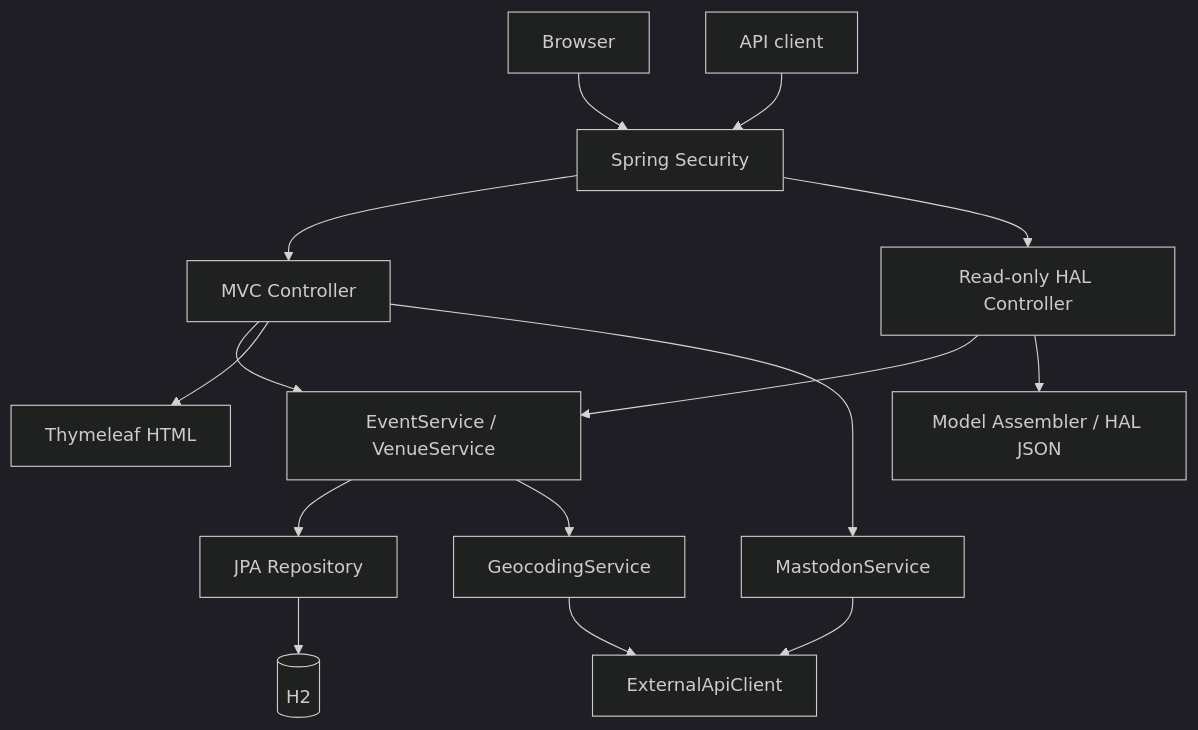
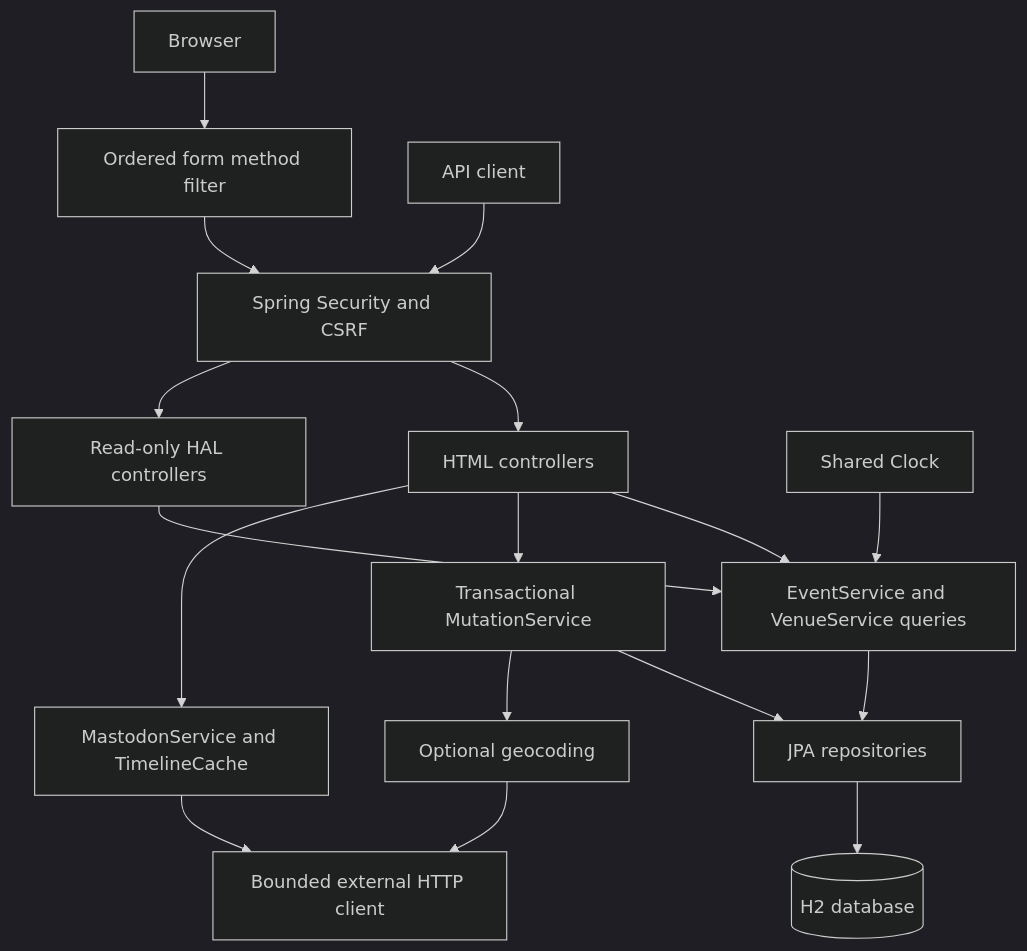
Before and after one commit to Dongmyung378/Event-Website: the diagram in docs/ARCHITECTURE.md, drawn with Mermaid (dark theme). The commit also changed other lines of this file and 18 other files, not shown here.

````diff
--- a/docs/ARCHITECTURE.md
+++ b/docs/ARCHITECTURE.md
@@ -9,17 +9,19 @@
 ```mermaid
 flowchart TD
-    Browser[Browser] --> Security[Spring Security]
+    Browser[Browser] --> Method[Ordered form method filter]
+    Method --> Security[Spring Security and CSRF]
     Client[API client] --> Security
-    Security --> MVC[MVC Controller]
-    Security --> API[Read-only HAL Controller]
-    MVC --> Services[EventService / VenueService]
-    API --> Services
-    Services --> Repository[JPA Repository]
-    Repository --> H2[(H2)]
-    MVC --> Templates[Thymeleaf HTML]
-    API --> Assembler[Model Assembler / HAL JSON]
-    Services --> Geocoding[GeocodingService]
-    MVC --> Mastodon[MastodonService]
-    Geocoding --> HTTP[ExternalApiClient]
-    Mastodon --> HTTP
+    Security --> MVC[HTML controllers]
+    Security --> API[Read-only HAL controllers]
+    MVC --> Query[EventService and VenueService queries]
+    API --> Query
+    MVC --> Mutation[Transactional MutationService]
+    Clock[Shared Clock] --> Query
+    Query --> Repository[JPA repositories]
+    Mutation --> Repository
+    Repository --> H2[(H2 database)]
+    MVC --> Feed[MastodonService and TimelineCache]
+    Mutation --> Geocoding[Optional geocoding]
+    Feed --> HTTP[Bounded external HTTP client]
+    Geocoding --> HTTP
 ```
````
